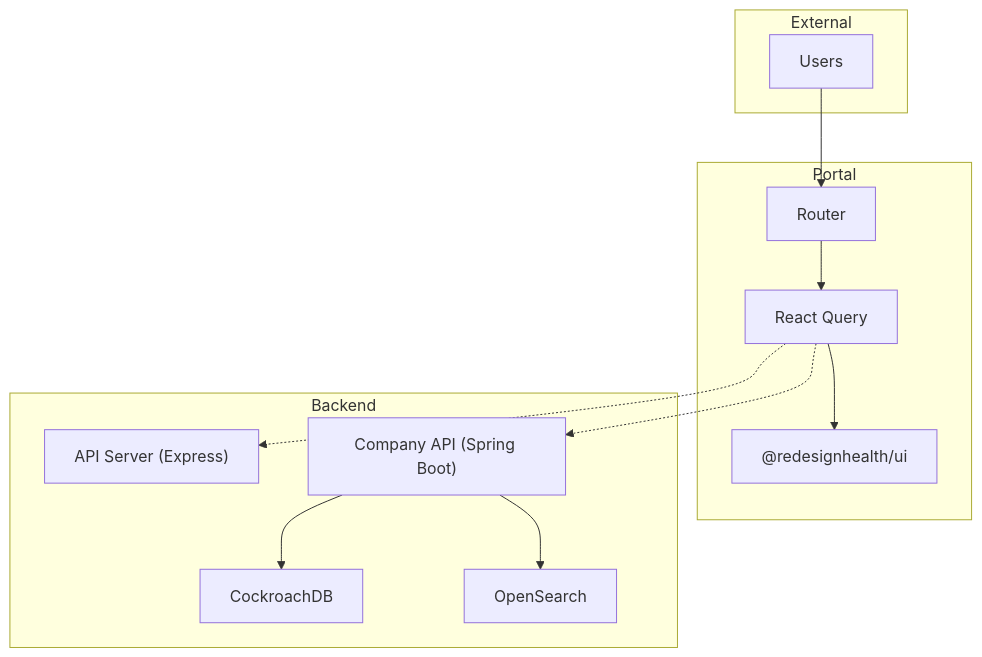
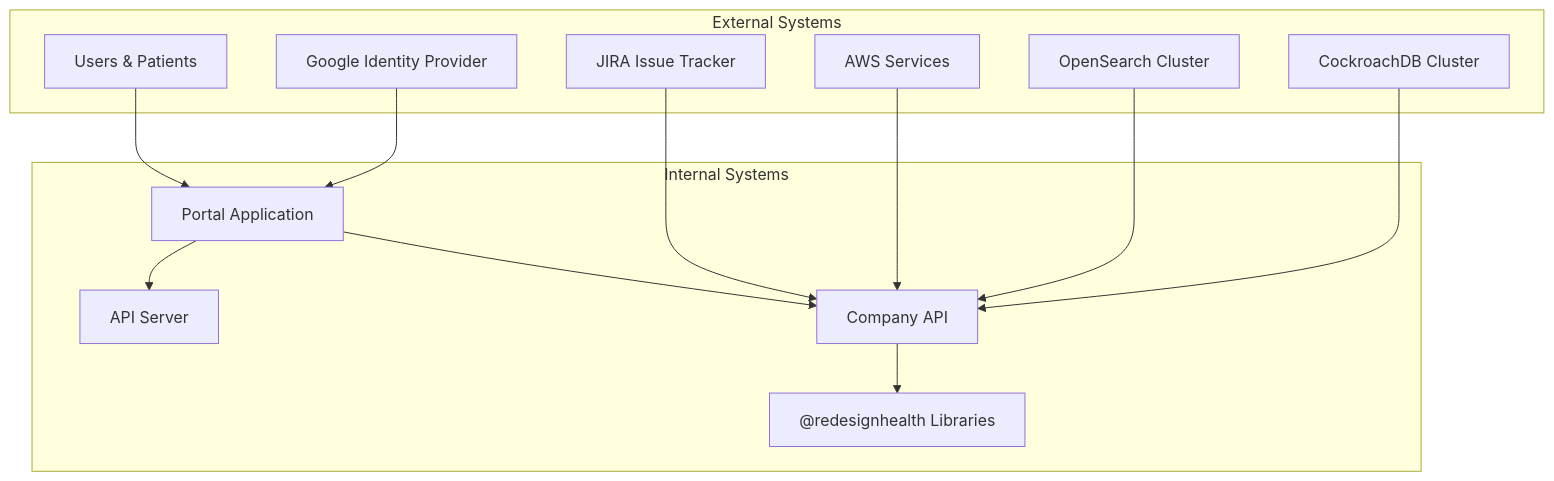
One commit to effinrich/rh-nx-monorepo changed the seventh of 7 diagrams in .qoder/repowiki/en/content/Architecture & Design.md. Above: the diagram before and after it, drawn with Mermaid. The commit also changed other lines of this file and 130 other files, not shown here.

````diff
--- a/.qoder/repowiki/en/content/Architecture & Design.md
+++ b/.qoder/repowiki/en/content/Architecture & Design.md
@@ -328,24 +452,26 @@
 ```mermaid
 graph TB
-subgraph "External"
-Users["Users"]
+subgraph "External Systems"
+Users["Users & Patients"]
+GoogleAuth["Google Identity Provider"]
+JIRA["JIRA Issue Tracker"]
+AWS["AWS Services"]
+OpenSearch["OpenSearch Cluster"]
+CockroachDB["CockroachDB Cluster"]
 end
-subgraph "Portal"
-Router["Router"]
-Queries["React Query"]
-UI["@redesignhealth/ui"]
+subgraph "Internal Systems"
+Portal["Portal Application"]
+APIServer["API Server"]
+CompanyAPI["Company API"]
+SharedLibs["@redesignhealth Libraries"]
 end
-subgraph "Backend"
-APIServer["API Server (Express)"]
-CompanyAPI["Company API (Spring Boot)"]
-DB["CockroachDB"]
-Search["OpenSearch"]
-end
-Users --> Router
-Router --> Queries
-Queries --> UI
-Queries -.-> APIServer
-Queries -.-> CompanyAPI
-CompanyAPI --> DB
-CompanyAPI --> Search
+Users --> Portal
+Portal --> APIServer
+Portal --> CompanyAPI
+GoogleAuth --> Portal
+JIRA --> CompanyAPI
+AWS --> CompanyAPI
+OpenSearch --> CompanyAPI
+CockroachDB --> CompanyAPI
+CompanyAPI --> SharedLibs
 ```
````
